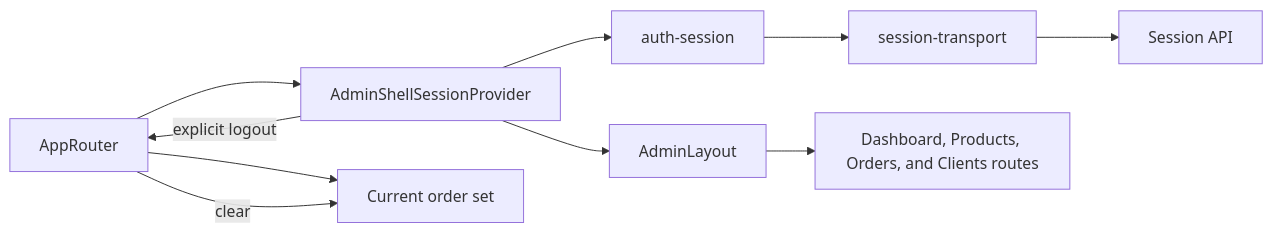
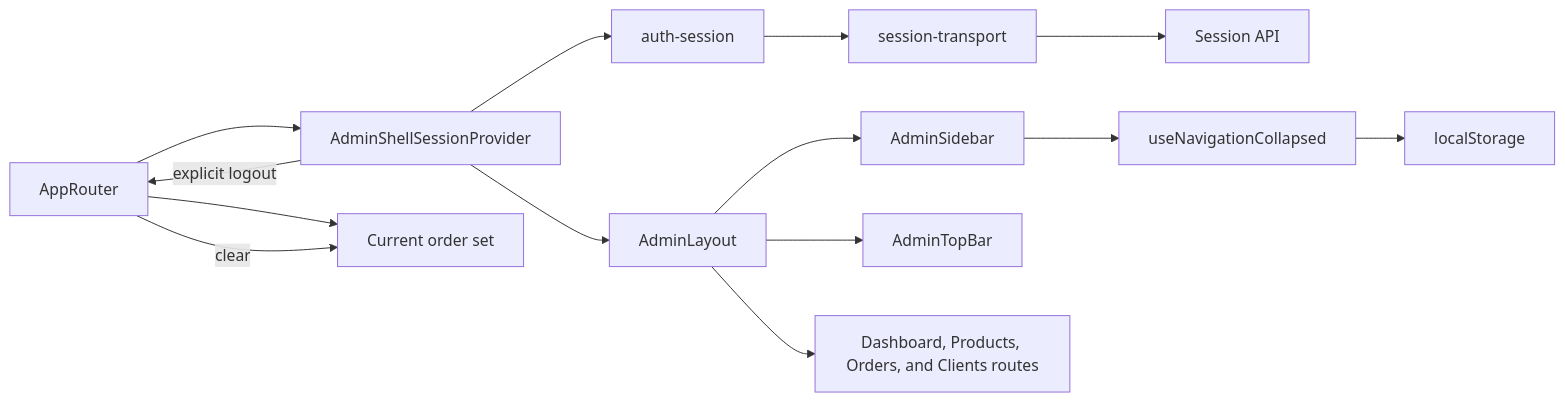
One commit to Weretik/kedr-web changed the diagram in docs/features/admin/session.md. Above: the diagram before and after it, drawn with Mermaid. The commit also changed other lines of this file and 25 other files, not shown here.

````diff
--- a/docs/features/admin/session.md
+++ b/docs/features/admin/session.md
@@ -10,12 +11,16 @@
 ```mermaid
 flowchart LR
 Router["AppRouter"] --> Provider["AdminShellSessionProvider"]
 Provider --> Layout["AdminLayout"]
 Provider --> Session["auth-session"]
 Session --> Transport["session-transport"]
 Transport --> API["Session API"]
+Layout --> Sidebar["AdminSidebar"]
+Sidebar --> Collapsed["useNavigationCollapsed"]
+Collapsed --> Storage["localStorage"]
+Layout --> TopBar["AdminTopBar"]
 Layout --> Routes["Dashboard, Products, Orders, and Clients routes"]
 Router --> Local["Current order set"]
 Provider -->|explicit logout| Router
 Router -->|clear| Local
 ```
````
